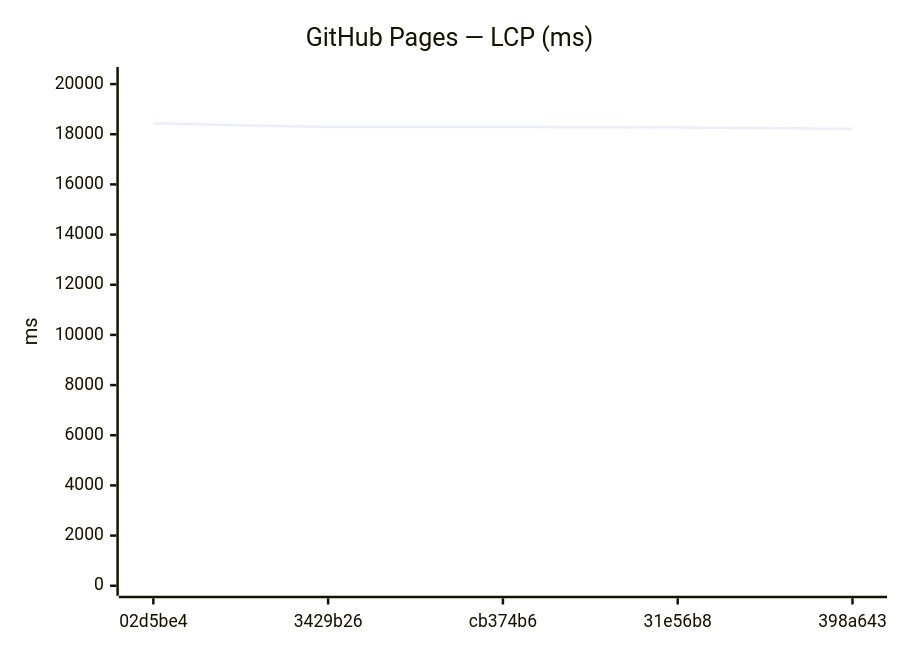
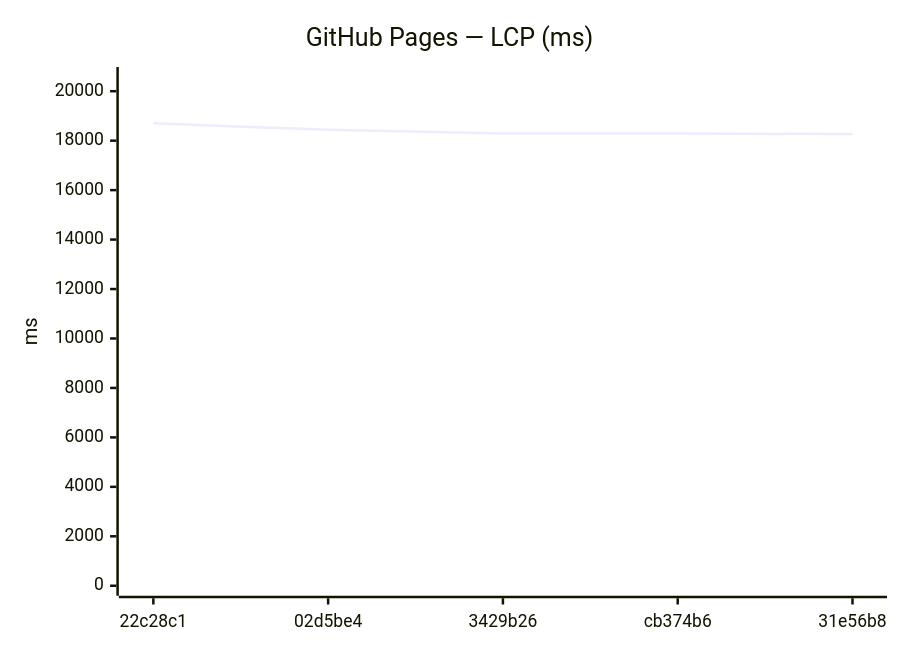
The ninth of 18 diagrams in benchmarks/compare.md (Metaheurist/Rianell), drawn with Mermaid before and after one commit. The commit also changed other lines of this file and 11 other files, not shown here.

````diff
--- a/benchmarks/compare.md
+++ b/benchmarks/compare.md
@@ -142,7 +142,7 @@
 ```mermaid
 xychart-beta
     title "GitHub Pages — LCP (ms)"
-    x-axis ["02d5be4", "3429b26", "cb374b6", "31e56b8", "398a643"]
-    y-axis "ms" 0 --> 20282
-    line [18438, 18287, 18290, 18265, 18222]
+    x-axis ["22c28c1", "02d5be4", "3429b26", "cb374b6", "31e56b8"]
+    y-axis "ms" 0 --> 20575
+    line [18704, 18438, 18287, 18290, 18265]
 ```
````
